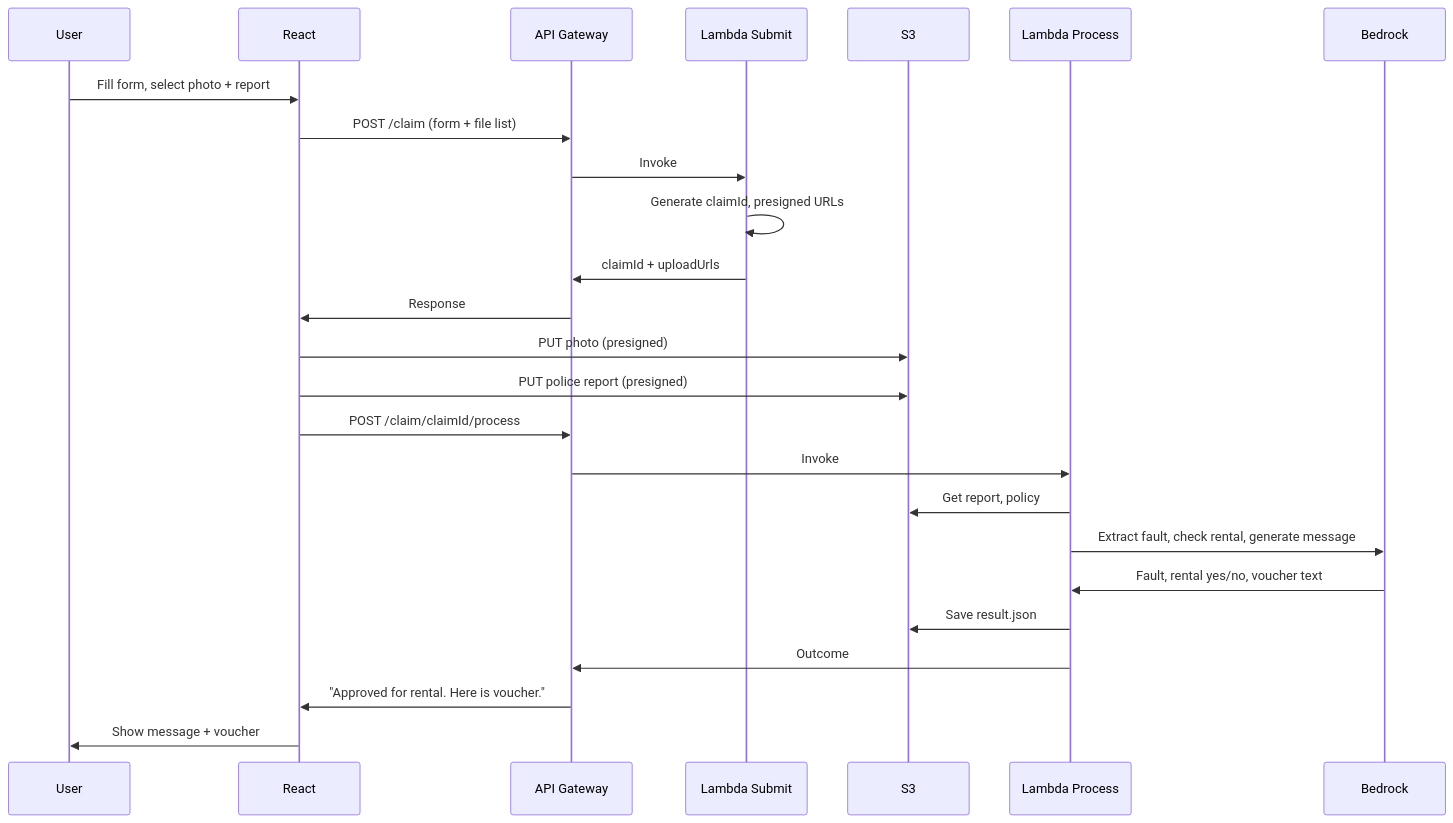
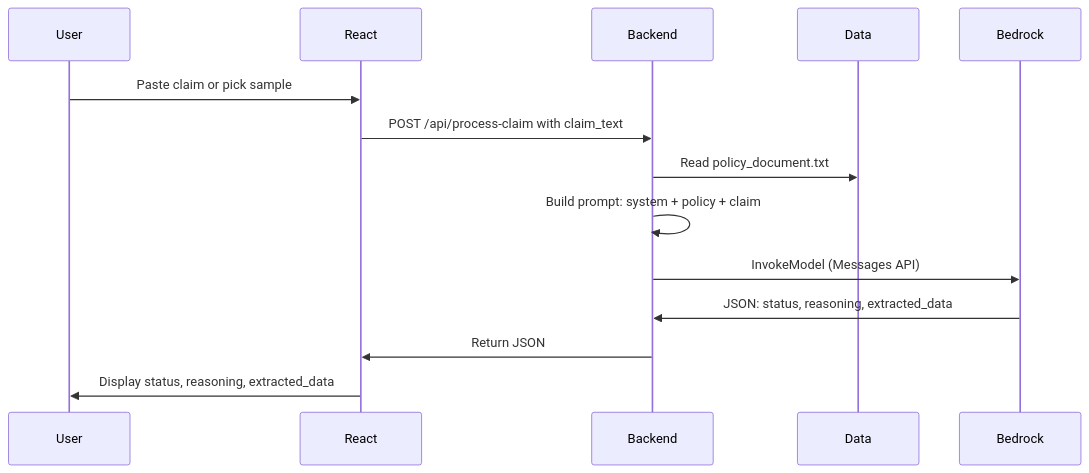
The second of 2 diagrams in .cursor/plans/serverless_fnol_architecture_44c33859.plan.md (go-utsav/Insurance-Claims-Processing-with-Generative-AI-An-AWS-Bedrock-RAG-Implementation), drawn with Mermaid before and after one commit. The commit also changed other lines of this file and 39 other files, not shown here.

````diff
--- a/.cursor/plans/serverless_fnol_architecture_44c33859.plan.md
+++ b/.cursor/plans/serverless_fnol_architecture_44c33859.plan.md
@@ -142,27 +144,16 @@
 ```mermaid
 sequenceDiagram
     participant User
     participant React
-    participant APIGW as API Gateway
-    participant SubLambda as Lambda Submit
-    participant S3
-    participant ProcLambda as Lambda Process
+    participant Backend
+    participant Data
     participant Bedrock
-    User->>React: Fill form, select photo + report
-    React->>APIGW: POST /claim (form + file list)
-    APIGW->>SubLambda: Invoke
-    SubLambda->>SubLambda: Generate claimId, presigned URLs
-    SubLambda->>APIGW: claimId + uploadUrls
-    APIGW->>React: Response
-    React->>S3: PUT photo (presigned)
-    React->>S3: PUT police report (presigned)
-    React->>APIGW: POST /claim/claimId/process
-    APIGW->>ProcLambda: Invoke
-    ProcLambda->>S3: Get report, policy
-    ProcLambda->>Bedrock: Extract fault, check rental, generate message
-    Bedrock->>ProcLambda: Fault, rental yes/no, voucher text
-    ProcLambda->>S3: Save result.json
-    ProcLambda->>APIGW: Outcome
-    APIGW->>React: "Approved for rental. Here is voucher."
-    React->>User: Show message + voucher
+    User->>React: Paste claim or pick sample
+    React->>Backend: POST /api/process-claim with claim_text
+    Backend->>Data: Read policy_document.txt
+    Backend->>Backend: Build prompt: system + policy + claim
+    Backend->>Bedrock: InvokeModel (Messages API)
+    Bedrock->>Backend: JSON: status, reasoning, extracted_data
+    Backend->>React: Return JSON
+    React->>User: Display status, reasoning, extracted_data
 ```
````
